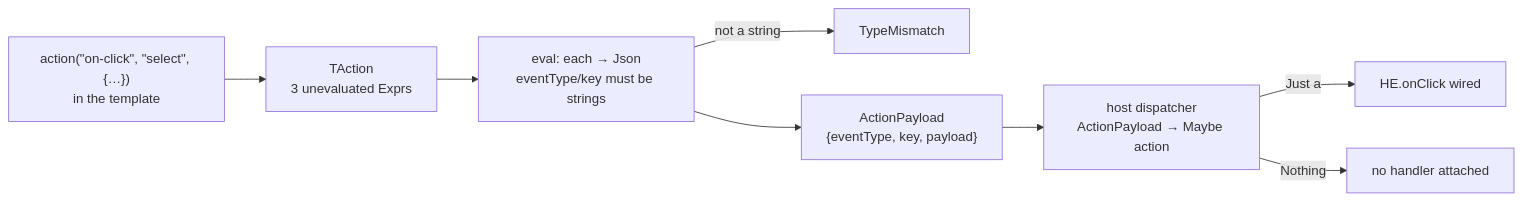
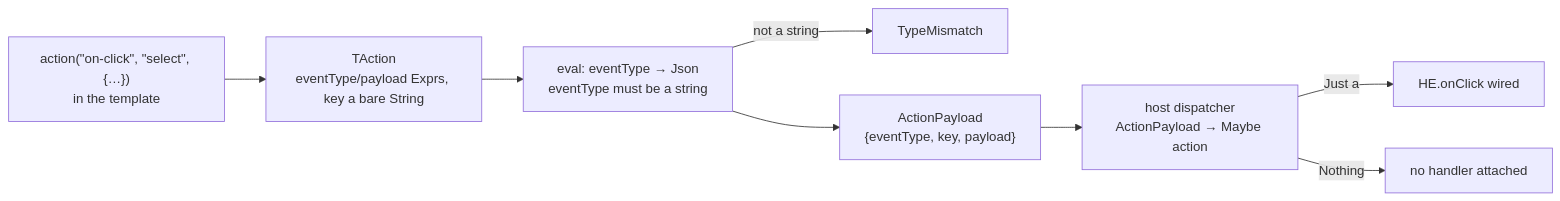
The second of 2 diagrams in specs/llm.md (lucasdicioccio/tramaj), drawn with Mermaid before and after one commit. The commit also changed other lines of this file and 10 other files, not shown here.

````diff
--- a/specs/llm.md
+++ b/specs/llm.md
@@ -612,10 +615,10 @@
 ```mermaid
 flowchart LR
-  A["action(&quot;on-click&quot;, &quot;select&quot;, {…})<br/>in the template"] --> B["TAction<br/>3 unevaluated Exprs"]
-  B --> C["eval: each → Json<br/>eventType/key must be strings"]
+  A["action(&quot;on-click&quot;, &quot;select&quot;, {…})<br/>in the template"] --> B["TAction<br/>eventType/payload Exprs, key a bare String"]
+  B --> C["eval: eventType → Json<br/>eventType must be a string"]
   C -->|"not a string"| X["TypeMismatch"]
   C --> P["ActionPayload<br/>{eventType, key, payload}"]
   P --> H["host dispatcher<br/>ActionPayload → Maybe action"]
   H -->|Just a| W["HE.onClick wired"]
   H -->|Nothing| R["no handler attached"]
 ```
````
